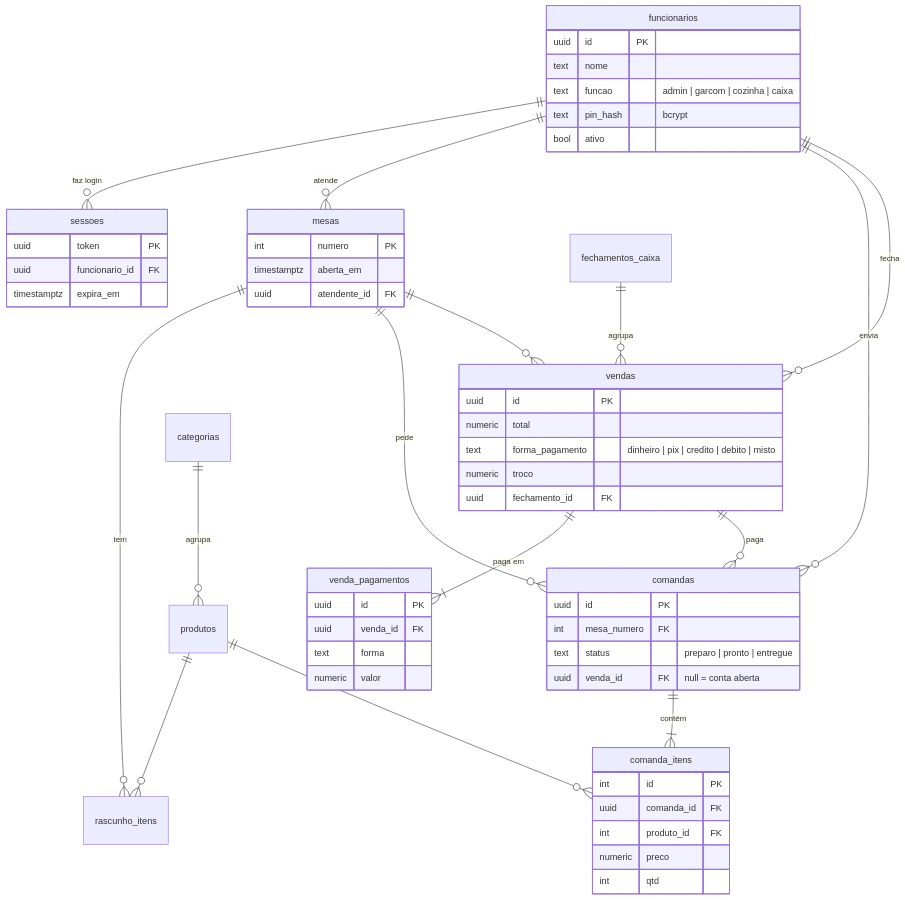
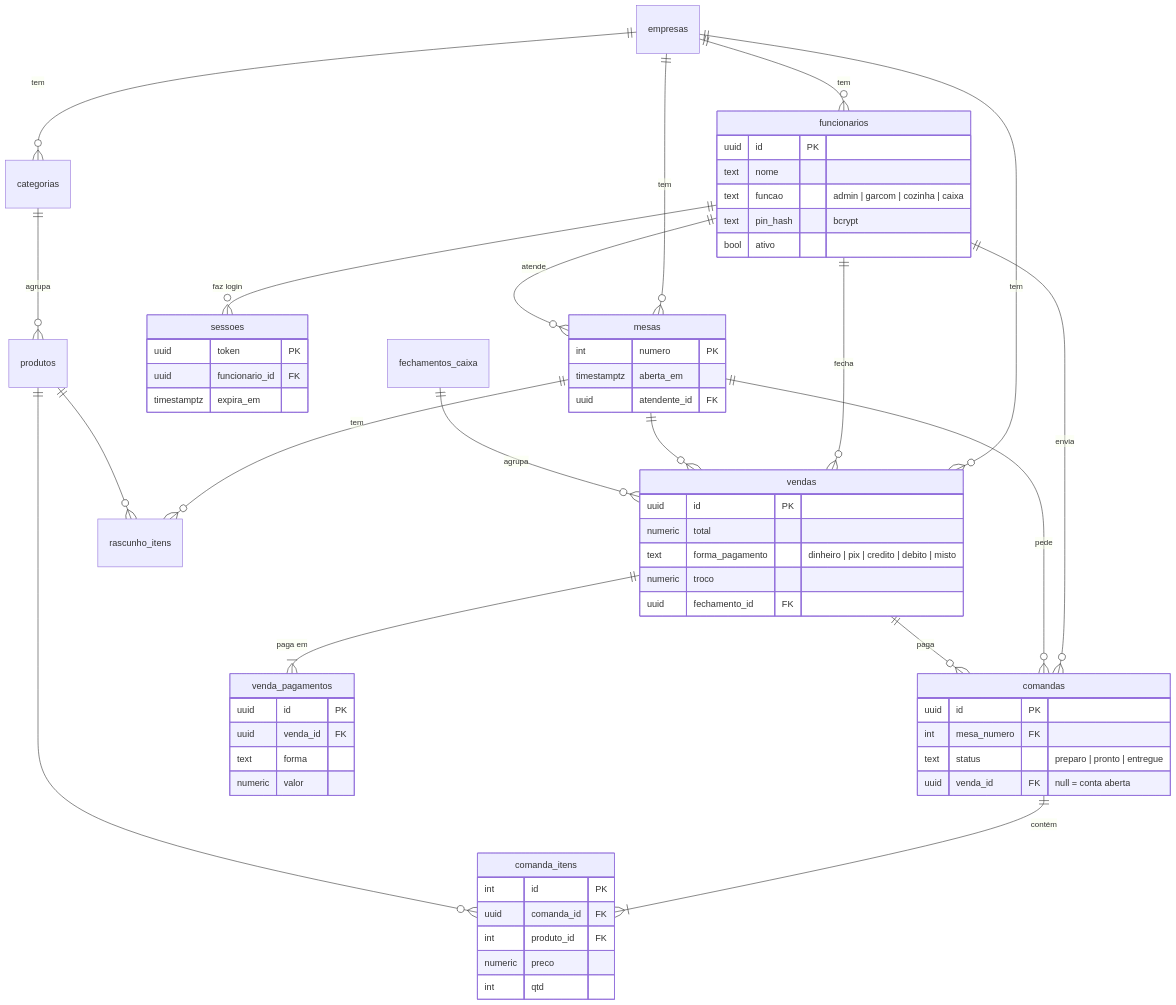
One commit to gabrielmachado1771/sistema-garcom changed the diagram in README.md. Above: the diagram before and after it, drawn with Mermaid. The commit also changed other lines of this file and 15 other files, not shown here.

````diff
--- a/README.md
+++ b/README.md
@@ -82,47 +91,51 @@
 ```mermaid
 erDiagram
+    empresas ||--o{ funcionarios : "tem"
+    empresas ||--o{ mesas : "tem"
+    empresas ||--o{ categorias : "tem"
+    empresas ||--o{ vendas : "tem"
     funcionarios ||--o{ sessoes : "faz login"
     funcionarios ||--o{ mesas : "atende"
     funcionarios ||--o{ comandas : "envia"
     funcionarios ||--o{ vendas : "fecha"
     vendas ||--|{ venda_pagamentos : "paga em"
     categorias ||--o{ produtos : "agrupa"
     mesas ||--o{ rascunho_itens : "tem"
     produtos ||--o{ rascunho_itens : ""
     mesas ||--o{ comandas : "pede"
     comandas ||--|{ comanda_itens : "contém"
     produtos ||--o{ comanda_itens : ""
     vendas ||--o{ comandas : "paga"
     mesas ||--o{ vendas : ""
     fechamentos_caixa ||--o{ vendas : "agrupa"
 
     funcionarios { uuid id PK
       text nome
       text funcao "admin | garcom | cozinha | caixa"
       text pin_hash "bcrypt"
       bool ativo }
     sessoes { uuid token PK
       uuid funcionario_id FK
       timestamptz expira_em }
     mesas { int numero PK
       timestamptz aberta_em
       uuid atendente_id FK }
     comandas { uuid id PK
       int mesa_numero FK
       text status "preparo | pronto | entregue"
       uuid venda_id FK "null = conta aberta" }
     comanda_itens { int id PK
       uuid comanda_id FK
       int produto_id FK
       numeric preco
       int qtd }
     vendas { uuid id PK
       numeric total
       text forma_pagamento "dinheiro | pix | credito | debito | misto"
       numeric troco
       uuid fechamento_id FK }
     venda_pagamentos { uuid id PK
       uuid venda_id FK
       text forma
       numeric valor }
 ```
````
